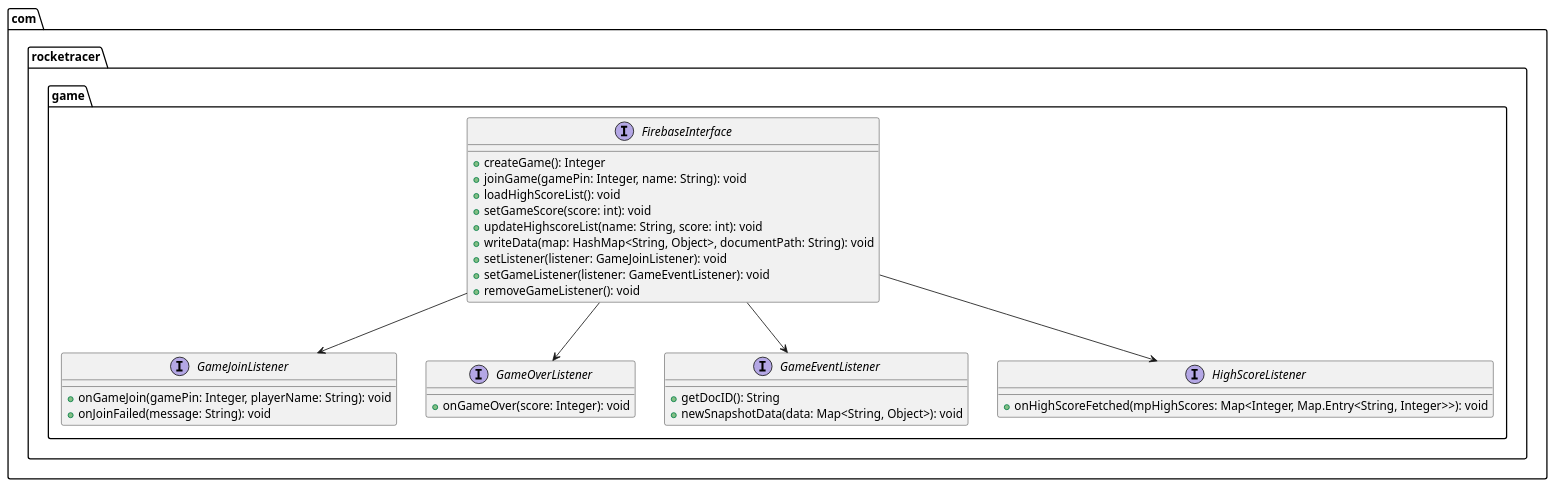
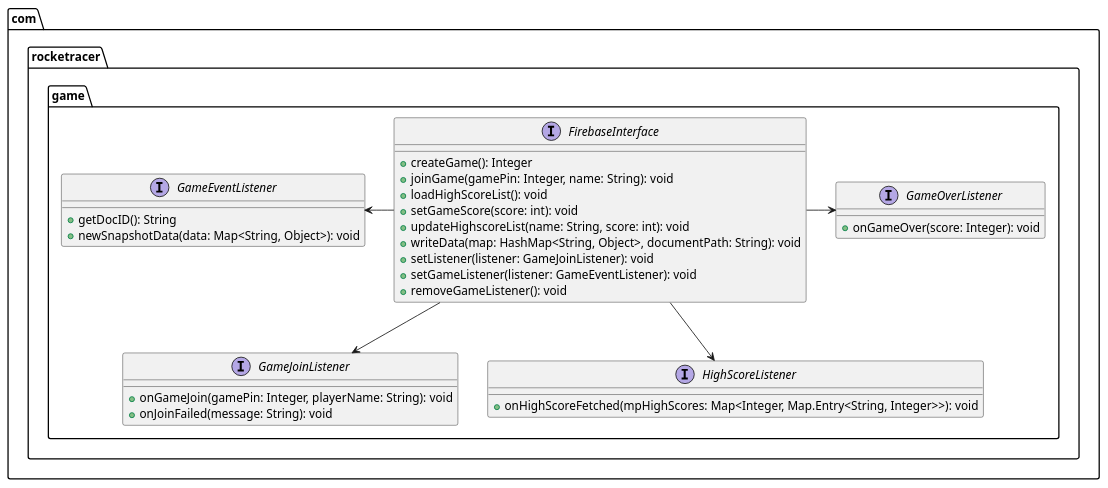
One commit to erik-tt/Rocket-Racer changed the diagram in documentation/com/rocketracer/game/Interfaces.plantuml. Above: the diagram before and after it, drawn with PlantUML. The commit also changed 2 other files, not shown here.

```diff
--- a/documentation/com/rocketracer/game/Interfaces.plantuml
+++ b/documentation/com/rocketracer/game/Interfaces.plantuml
@@ -1,38 +1,38 @@
 @startuml
 package com.rocketracer.game {
     interface FirebaseInterface {
     + createGame(): Integer
     + joinGame(gamePin: Integer, name: String): void
     + loadHighScoreList(): void
     + setGameScore(score: int): void
     + updateHighscoreList(name: String, score: int): void
     + writeData(map: HashMap<String, Object>, documentPath: String): void
     + setListener(listener: GameJoinListener): void
     + setGameListener(listener: GameEventListener): void
     + removeGameListener(): void
 }
 
 interface GameJoinListener {
     + onGameJoin(gamePin: Integer, playerName: String): void
     + onJoinFailed(message: String): void
 }
 
 interface GameOverListener {
     + onGameOver(score: Integer): void
 }
 
 interface GameEventListener {
     + getDocID(): String
     + newSnapshotData(data: Map<String, Object>): void
 }
 
 interface HighScoreListener {
     + onHighScoreFetched(mpHighScores: Map<Integer, Map.Entry<String, Integer>>): void
 }
 }
 
-FirebaseInterface --> GameJoinListener
-FirebaseInterface --> GameEventListener
-FirebaseInterface --> HighScoreListener
-FirebaseInterface --> GameOverListener
+FirebaseInterface -down-> GameJoinListener
+FirebaseInterface -left-> GameEventListener
+FirebaseInterface -down-> HighScoreListener
+FirebaseInterface -right-> GameOverListener
 @enduml
```
